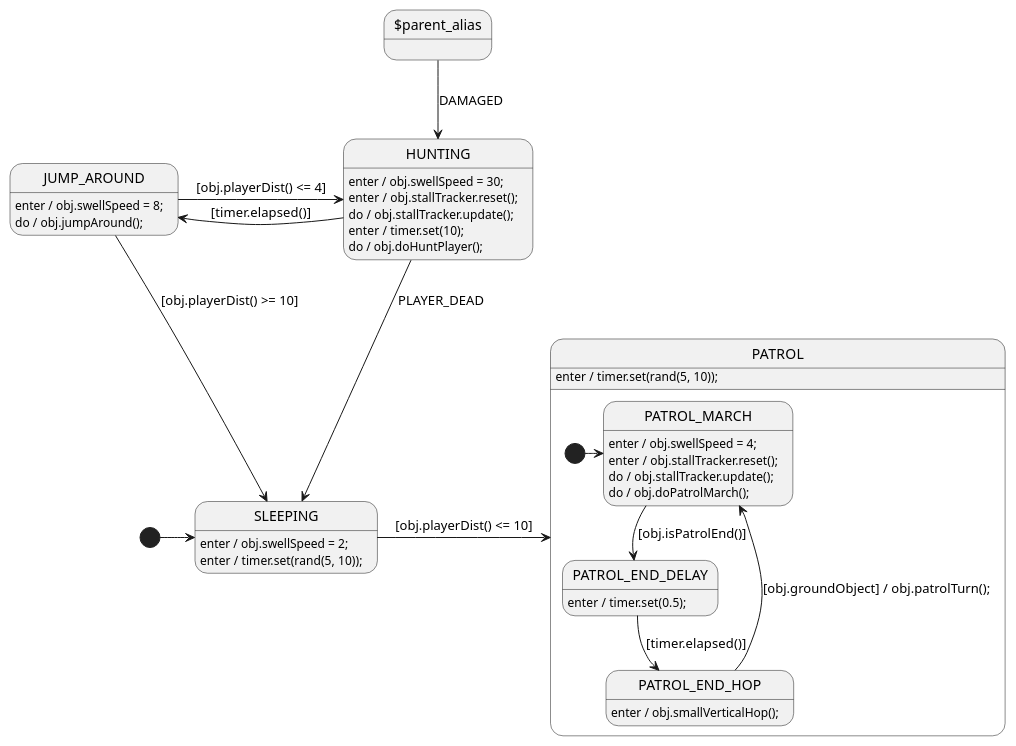
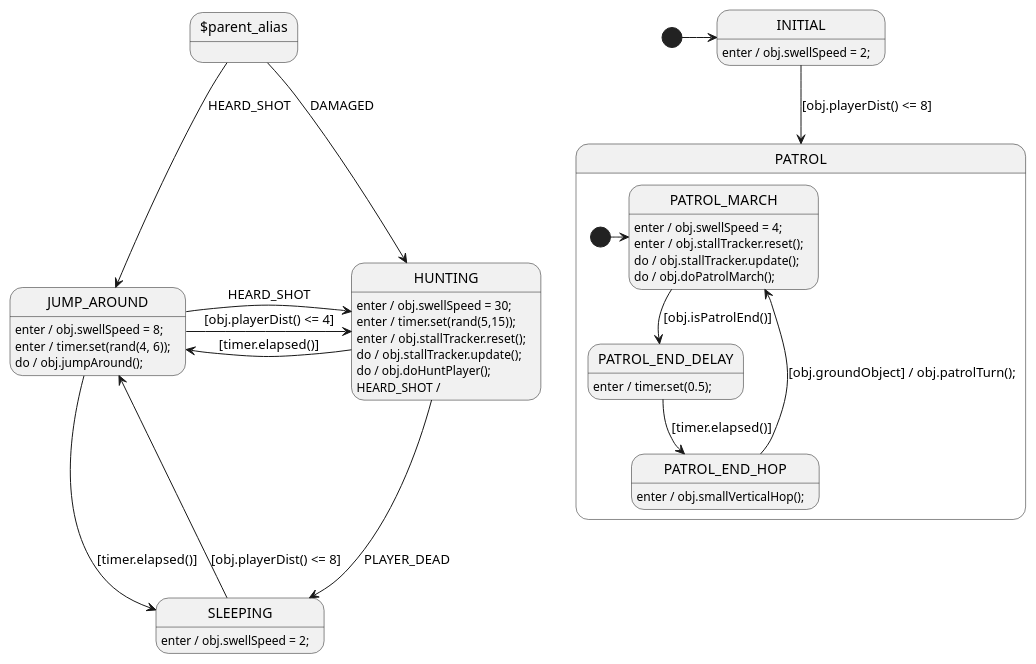
Before and after one commit to adamfk/LittleJS: the diagram in examples/platformer/enemy1/Enemy1Sm.plantuml, drawn with PlantUML. The commit also changed 4 other files, not shown here.

```diff
--- a/examples/platformer/enemy1/Enemy1Sm.plantuml
+++ b/examples/platformer/enemy1/Enemy1Sm.plantuml
@@ -1,78 +1,86 @@
 @startuml Enemy1Sm
 
 ' //////////////////////// STATE ORGANIZATION ///////////////////////
 ' Note: StateSmith treats state names and events as case insensitive.
 ' More info: https://github.com/StateSmith/StateSmith/wiki/PlantUML
 
 state "$parent_alias" as PA
 
+state INITIAL
 state SLEEPING
 
 state PATROL {
     state PATROL_MARCH
     state PATROL_END_DELAY
     state PATROL_END_HOP
     ' state PATROL_END_TURN
     [*] -> PATROL_MARCH
 }
 
 state JUMP_AROUND
 
 state HUNTING
 
-[*] -> SLEEPING
+[*] -> INITIAL
 
 
 ' ///////////////////////// STATE HANDLERS /////////////////////////
 ' Syntax: https://github.com/StateSmith/StateSmith/wiki/Behaviors
 
 PA --> HUNTING: DAMAGED
+PA --> JUMP_AROUND: HEARD_SHOT
+
+INITIAL --> PATROL: [obj.playerDist() <= 8]
+INITIAL: enter / obj.swellSpeed = 2;
 
 SLEEPING: enter / obj.swellSpeed = 2;
-SLEEPING: enter / timer.set(rand(5, 10));
-SLEEPING -> PATROL: [obj.playerDist() <= 10]
-' SLEEPING --> JUMP_AROUND: [obj.playerDist() <= 5]
+' SLEEPING: enter / timer.set(rand(5, 10));
+SLEEPING --> JUMP_AROUND: [obj.playerDist() <= 8]
 
-PATROL: enter / timer.set(rand(5, 10));
+' PATROL: enter / timer.set(rand(5, 10));
 ' PATROL -> SLEEPING: [timer.elapsed()]
 PATROL_MARCH: enter / obj.swellSpeed = 4;
 PATROL_MARCH: enter / obj.stallTracker.reset();
 PATROL_MARCH: do / obj.stallTracker.update();
 PATROL_MARCH: do / obj.doPatrolMarch();
 PATROL_MARCH --> PATROL_END_DELAY: [obj.isPatrolEnd()]
 
 PATROL_END_DELAY: enter / timer.set(0.5);
 PATROL_END_DELAY --> PATROL_END_HOP: [timer.elapsed()]
 
 PATROL_END_HOP: enter / obj.smallVerticalHop();
 PATROL_END_HOP --> PATROL_MARCH: [obj.groundObject] / obj.patrolTurn();
 
 HUNTING --> SLEEPING: PLAYER_DEAD
 
 JUMP_AROUND: enter / obj.swellSpeed = 8;
+JUMP_AROUND: enter / timer.set(rand(4, 6));
 JUMP_AROUND: do / obj.jumpAround();
-JUMP_AROUND --> SLEEPING: [obj.playerDist() >= 10]
+' JUMP_AROUND --> SLEEPING: [obj.playerDist() >= 10]
+JUMP_AROUND --> SLEEPING: [timer.elapsed()]
 JUMP_AROUND -r-> HUNTING: [obj.playerDist() <= 4]
+JUMP_AROUND -r-> HUNTING: HEARD_SHOT
 
 HUNTING: enter / obj.swellSpeed = 30;
+HUNTING: enter / timer.set(rand(5,15));
 HUNTING: enter / obj.stallTracker.reset();
 HUNTING: do / obj.stallTracker.update();
-HUNTING: enter / timer.set(10);
 HUNTING: do / obj.doHuntPlayer();
+HUNTING: HEARD_SHOT / 
 HUNTING -l-> JUMP_AROUND: [timer.elapsed()]
 
 ' //////////////////////// StateSmith config ////////////////////////
 ' The below special comment block sets the StateSmith configuration.
 ' More info: https://github.com/StateSmith/StateSmith/issues/335
 
 /'! $CONFIG : toml
 [SmRunnerSettings]
 transpilerId = "JavaScript"
 
 [RenderConfig]
 AutoExpandedVars = """
     timer: new Timer(0),
     obj: null, // need to set this to instance of Enemy1 before calling start()
     """
 '/
 @enduml
```
